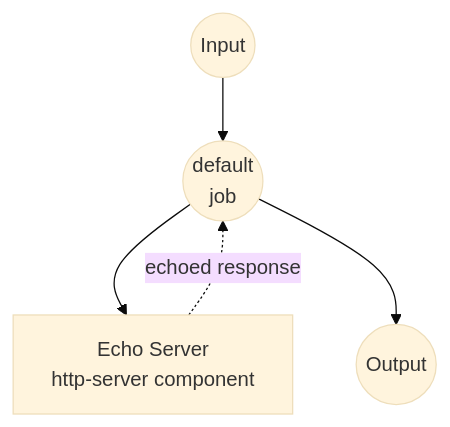
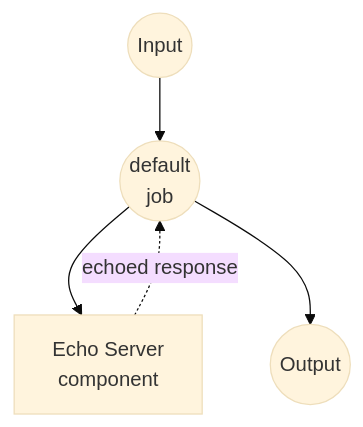
One commit to hanyeol/model-compose changed the diagram in examples/echo-server/README.md. Above: the diagram before and after it, drawn with Mermaid (base theme). The commit also changed other lines of this file and 24 other files, not shown here.

````diff
--- a/examples/echo-server/README.md
+++ b/examples/echo-server/README.md
@@ -83,16 +93,16 @@
 ```mermaid
 graph TD
     %% Default job (implicit)
     J1((default<br/>job))
 
     %% Component
-    C1[Echo Server<br/>http-server component]
+    C1[Echo Server<br/>component]
 
     %% Job to component connections (solid: invokes, dotted: returns)
     J1 --> C1
     C1 -.-> |echoed response| J1
 
     %% Input/Output
     Input((Input)) --> J1
     J1 --> Output((Output))
 ```
````
